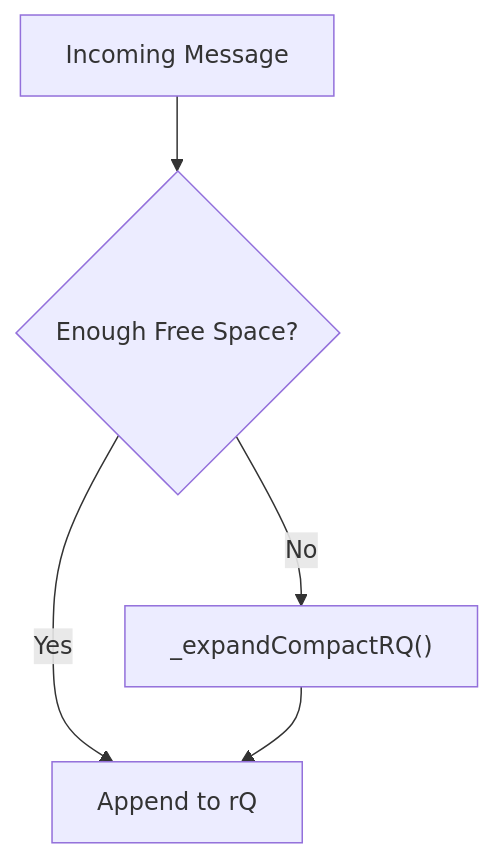
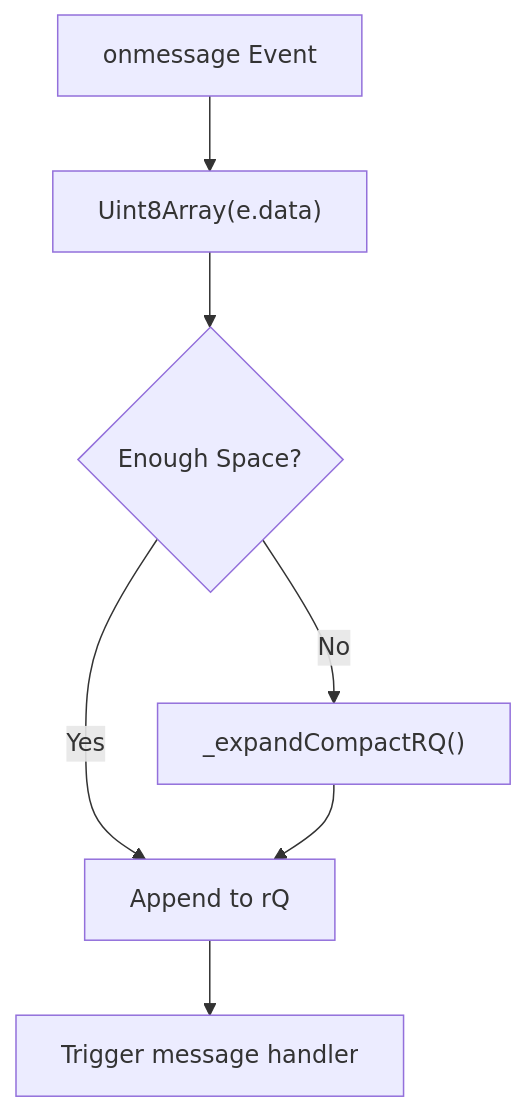
The third of 7 diagrams in docs/reference/architecture/websock/websock.md (Ylianst/MeshCentral), drawn with Mermaid before and after one commit. The commit also changed other lines of this file and 642 other files, not shown here.

````diff
--- a/docs/reference/architecture/websock/websock.md
+++ b/docs/reference/architecture/websock/websock.md
@@ -144,7 +122,9 @@
 ```mermaid
 flowchart TD
-    Incoming["Incoming Message"] --> Space{"Enough Free Space?"}
-    Space -->|"Yes"| Append["Append to rQ"]
-    Space -->|"No"| Expand["_expandCompactRQ()"]
-    Expand --> Append
+    MessageEvent["onmessage Event"] --> Convert["Uint8Array(e.data)"]
+    Convert --> CheckSpace{"Enough Space?"}
+    CheckSpace -->|"No"| Expand["_expandCompactRQ()"]
+    CheckSpace -->|"Yes"| Write
+    Expand --> Write["Append to rQ"]
+    Write --> Notify["Trigger message handler"]
 ```
````
